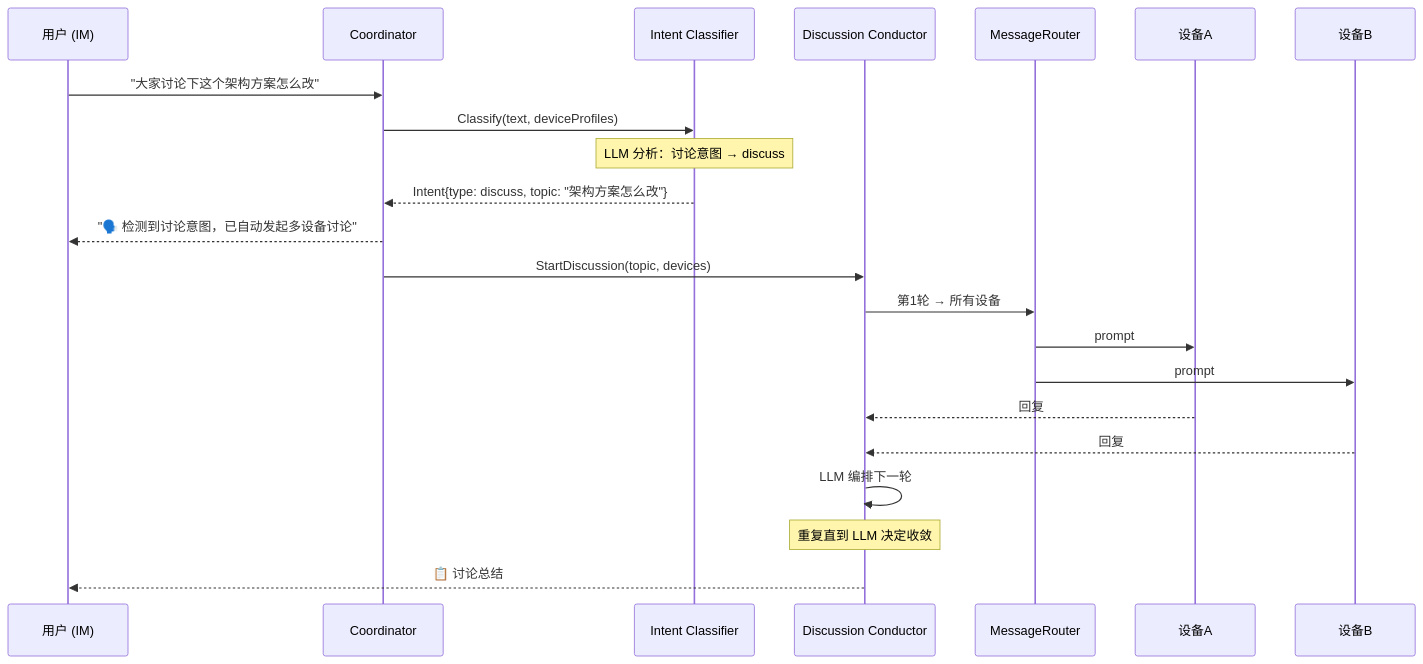
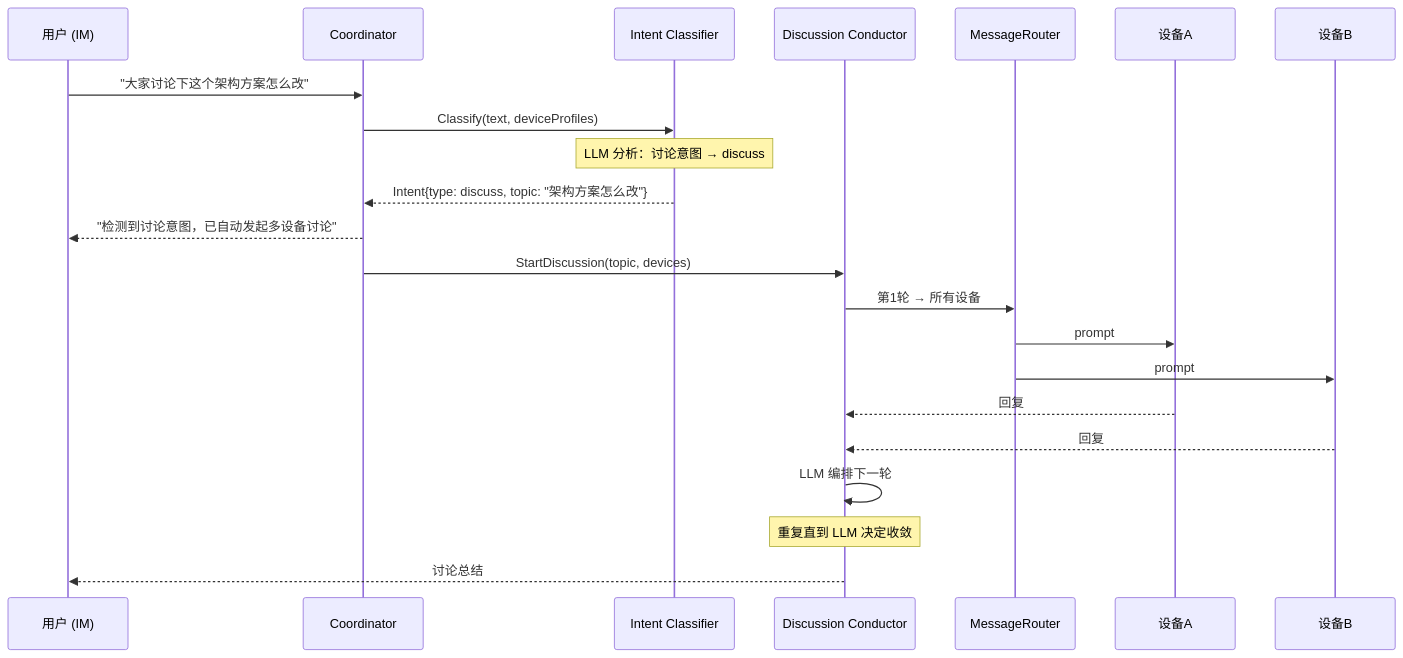
One commit to RapidAI/MaClaw changed the third of 3 diagrams in .kiro/specs/hub-llm-coordinator/design.md. Above: the diagram before and after it, drawn with Mermaid. The commit also changed other lines of this file and 1135 other files, not shown here.

````diff
--- a/.kiro/specs/hub-llm-coordinator/design.md
+++ b/.kiro/specs/hub-llm-coordinator/design.md
@@ -122,25 +122,25 @@
 ```mermaid
 sequenceDiagram
     participant U as 用户 (IM)
     participant C as Coordinator
     participant IC as Intent Classifier
     participant DC as Discussion Conductor
     participant MR as MessageRouter
     participant D1 as 设备A
     participant D2 as 设备B
 
     U->>C: "大家讨论下这个架构方案怎么改"
     C->>IC: Classify(text, deviceProfiles)
     Note over IC: LLM 分析：讨论意图 → discuss
     IC-->>C: Intent{type: discuss, topic: "架构方案怎么改"}
-    C-->>U: "🗣️ 检测到讨论意图，已自动发起多设备讨论"
+    C-->>U: "检测到讨论意图，已自动发起多设备讨论"
     C->>DC: StartDiscussion(topic, devices)
     DC->>MR: 第1轮 → 所有设备
     MR->>D1: prompt
     MR->>D2: prompt
     D1-->>DC: 回复
     D2-->>DC: 回复
     DC->>DC: LLM 编排下一轮
     Note over DC: 重复直到 LLM 决定收敛
-    DC-->>U: 📋 讨论总结
+    DC-->>U: 讨论总结
 ```
````
